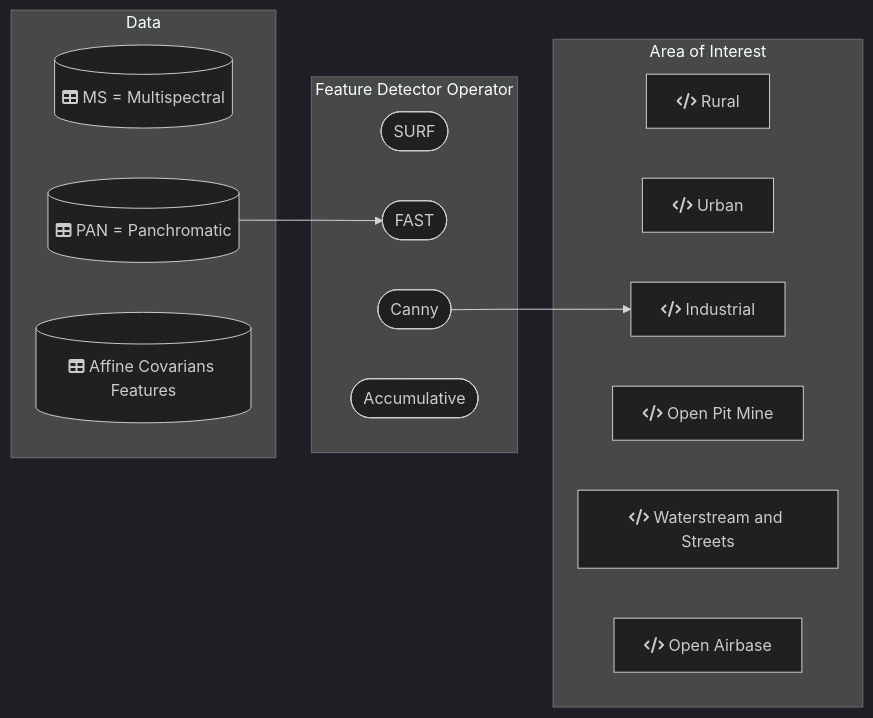
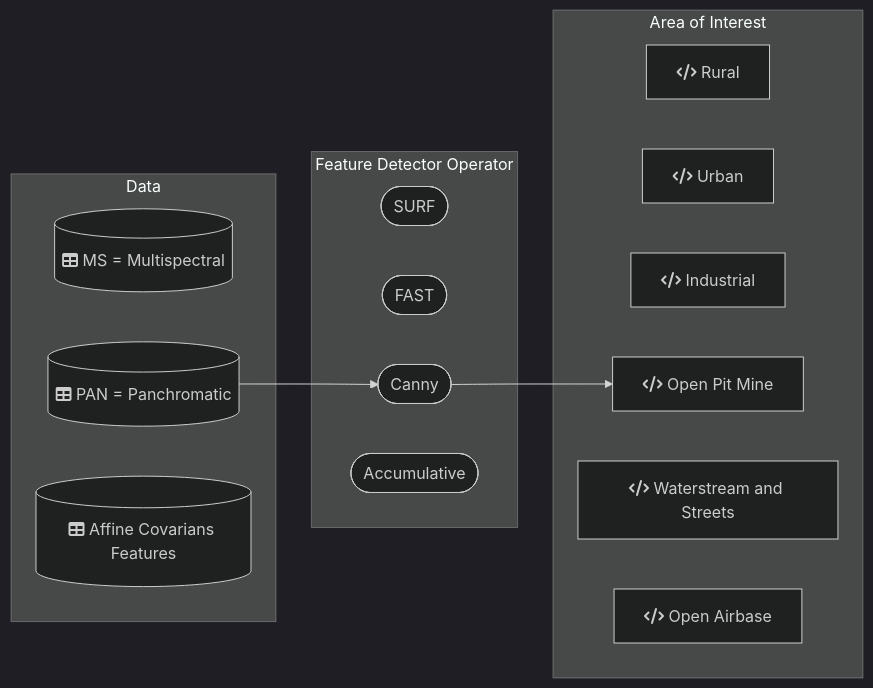
One commit to DippoldEJ/Feature-Detection-and-Explanation changed the diagram in Application/README.md. Above: the diagram before and after it, drawn with Mermaid (dark theme).

````diff
--- a/Application/README.md
+++ b/Application/README.md
@@ -13,29 +13,29 @@
 ```mermaid
 flowchart LR;
 
  subgraph Data
         g[(fa:fa-table MS = Multispectral)]
         h[(fa:fa-table PAN = Panchromatic)]
         i[(fa:fa-table Affine Covarians Features)]
     end
 
  subgraph Feature Detector Operator
         j([SURF])
         k([FAST])
         l([Canny])
         m([Accumulative])
     end
 
 subgraph Area of Interest
     a[fa:fa-code Rural]
     b[fa:fa-code Urban]
     c[fa:fa-code Industrial]
     d[fa:fa-code Open Pit Mine]
     e[fa:fa-code Waterstream and Streets]
     f[fa:fa-code Open Airbase]
     end
 
-h-->k
-l-->c
+h-->l
+l-->d
 
 ```
````
